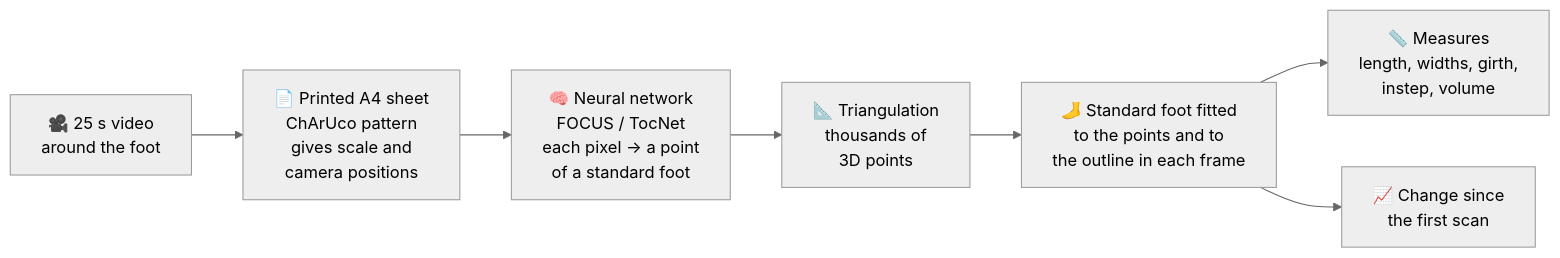
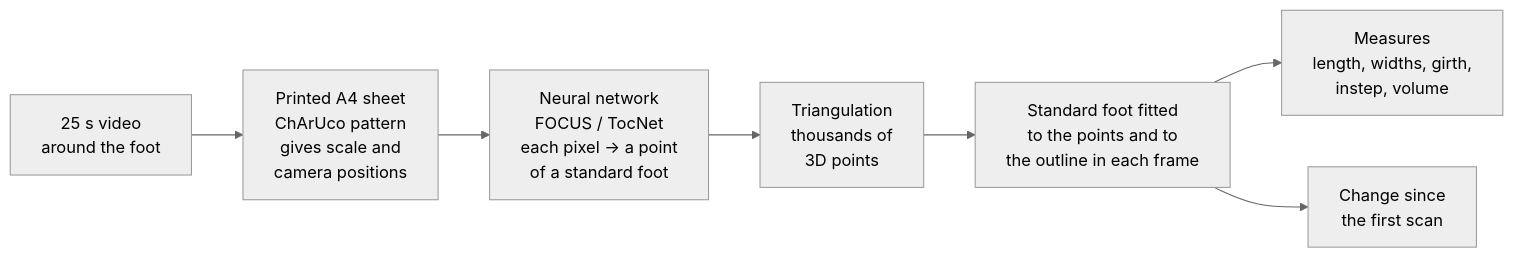
One commit to cybermo-bot/Khatwa changed the second of 5 diagrams in README.md. Above: the diagram before and after it, drawn with Mermaid (neutral theme). The commit also changed other lines of this file, not shown here.

````diff
--- a/README.md
+++ b/README.md
@@ -119,9 +119,9 @@
 ```mermaid
 flowchart LR
-    V["🎥 25 s video<br/>around the foot"] --> M["📄 Printed A4 sheet<br/>ChArUco pattern<br/>gives scale and<br/>camera positions"]
-    M --> N["🧠 Neural network<br/>FOCUS / TocNet<br/>each pixel → a point<br/>of a standard foot"]
-    N --> T["📐 Triangulation<br/>thousands of<br/>3D points"]
-    T --> F["🦶 Standard foot fitted<br/>to the points and to<br/>the outline in each frame"]
-    F --> R["📏 Measures<br/>length, widths, girth,<br/>instep, volume"]
-    F --> CH["📈 Change since<br/>the first scan"]
+    V["25 s video<br/>around the foot"] --> M["Printed A4 sheet<br/>ChArUco pattern<br/>gives scale and<br/>camera positions"]
+    M --> N["Neural network<br/>FOCUS / TocNet<br/>each pixel → a point<br/>of a standard foot"]
+    N --> T["Triangulation<br/>thousands of<br/>3D points"]
+    T --> F["Standard foot fitted<br/>to the points and to<br/>the outline in each frame"]
+    F --> R["Measures<br/>length, widths, girth,<br/>instep, volume"]
+    F --> CH["Change since<br/>the first scan"]
 ```
````
